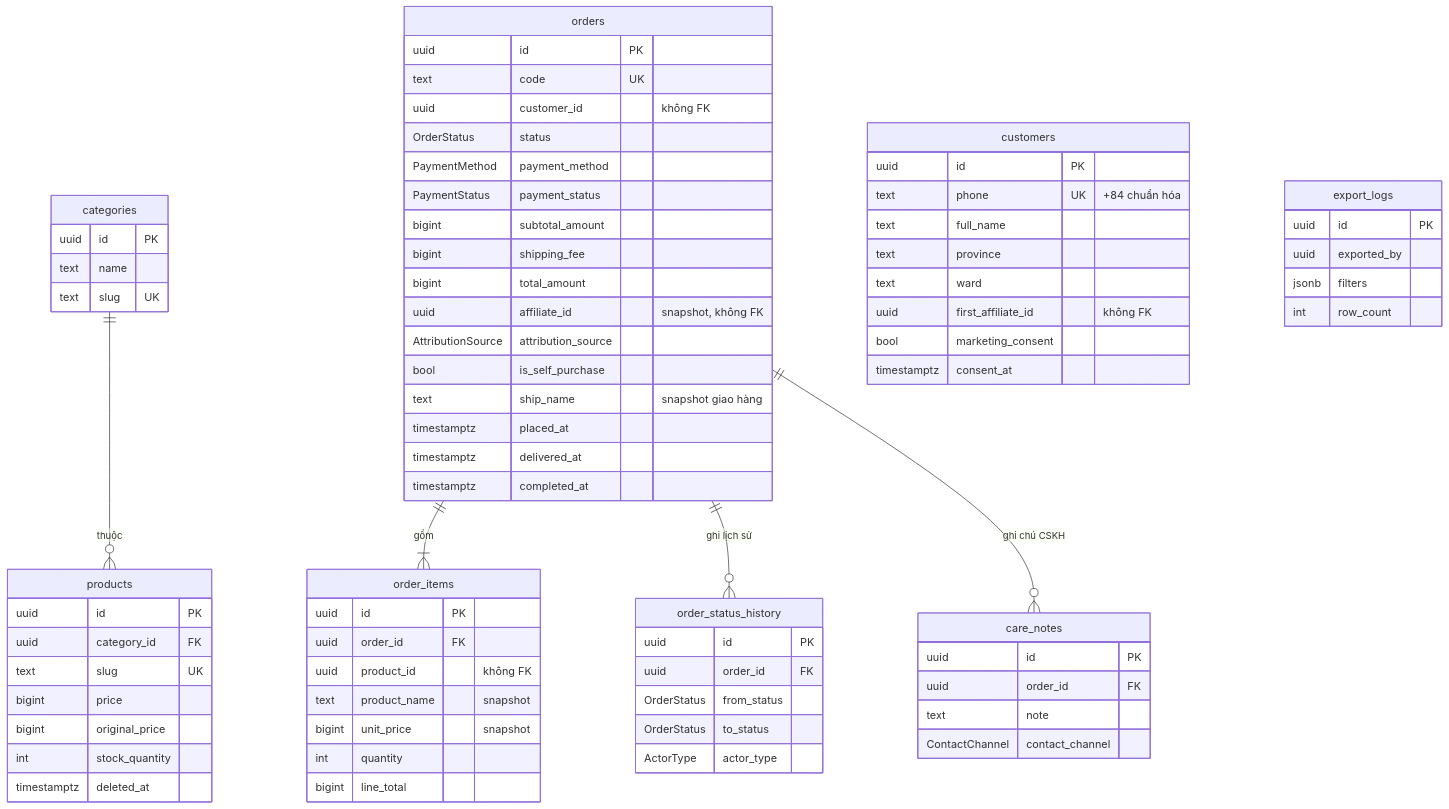
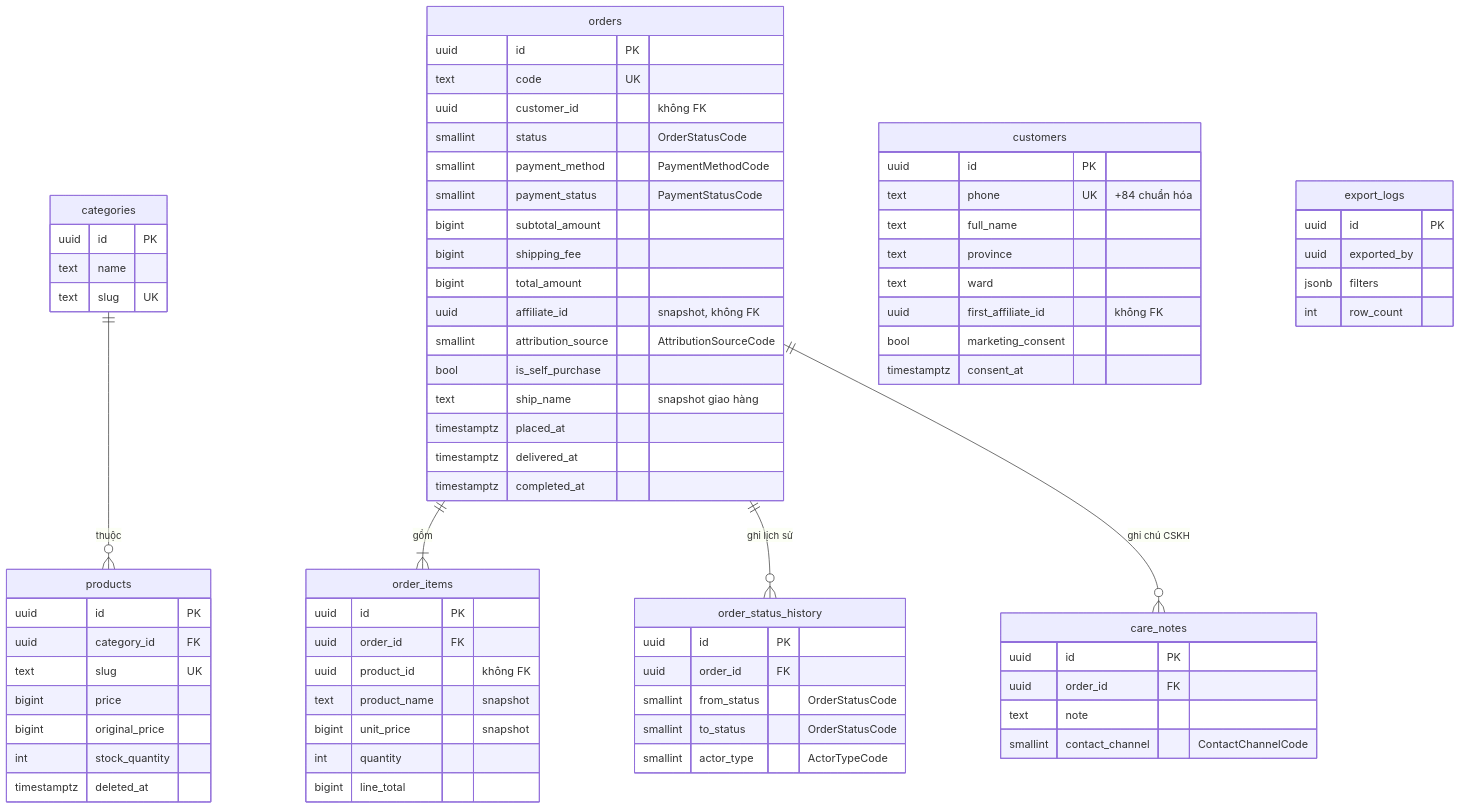
The third of 4 diagrams in BE/docs/database.md (Vietnguyen203/PhucViFood), drawn with Mermaid before and after one commit. The commit also changed other lines of this file and 55 other files, not shown here.

````diff
--- a/BE/docs/database.md
+++ b/BE/docs/database.md
@@ -101,78 +116,78 @@
 ```mermaid
 erDiagram
   categories ||--o{ products : "thuộc"
   orders ||--|{ order_items : "gồm"
   orders ||--o{ order_status_history : "ghi lịch sử"
   orders ||--o{ care_notes : "ghi chú CSKH"
 
   categories {
     uuid id PK
     text name
     text slug UK
   }
   products {
     uuid id PK
     uuid category_id FK
     text slug UK
     bigint price
     bigint original_price
     int stock_quantity
     timestamptz deleted_at
   }
   customers {
     uuid id PK
     text phone UK "+84 chuẩn hóa"
     text full_name
     text province
     text ward
     uuid first_affiliate_id "không FK"
     bool marketing_consent
     timestamptz consent_at
   }
   export_logs {
     uuid id PK
     uuid exported_by
     jsonb filters
     int row_count
   }
   orders {
     uuid id PK
     text code UK
     uuid customer_id "không FK"
-    OrderStatus status
-    PaymentMethod payment_method
-    PaymentStatus payment_status
+    smallint status "OrderStatusCode"
+    smallint payment_method "PaymentMethodCode"
+    smallint payment_status "PaymentStatusCode"
     bigint subtotal_amount
     bigint shipping_fee
     bigint total_amount
     uuid affiliate_id "snapshot, không FK"
-    AttributionSource attribution_source
+    smallint attribution_source "AttributionSourceCode"
     bool is_self_purchase
     text ship_name "snapshot giao hàng"
     timestamptz placed_at
     timestamptz delivered_at
     timestamptz completed_at
   }
   order_items {
     uuid id PK
     uuid order_id FK
     uuid product_id "không FK"
     text product_name "snapshot"
     bigint unit_price "snapshot"
     int quantity
     bigint line_total
   }
   order_status_history {
     uuid id PK
     uuid order_id FK
-    OrderStatus from_status
-    OrderStatus to_status
-    ActorType actor_type
+    smallint from_status "OrderStatusCode"
+    smallint to_status "OrderStatusCode"
+    smallint actor_type "ActorTypeCode"
   }
   care_notes {
     uuid id PK
     uuid order_id FK
     text note
-    ContactChannel contact_channel
+    smallint contact_channel "ContactChannelCode"
   }
 ```
````
